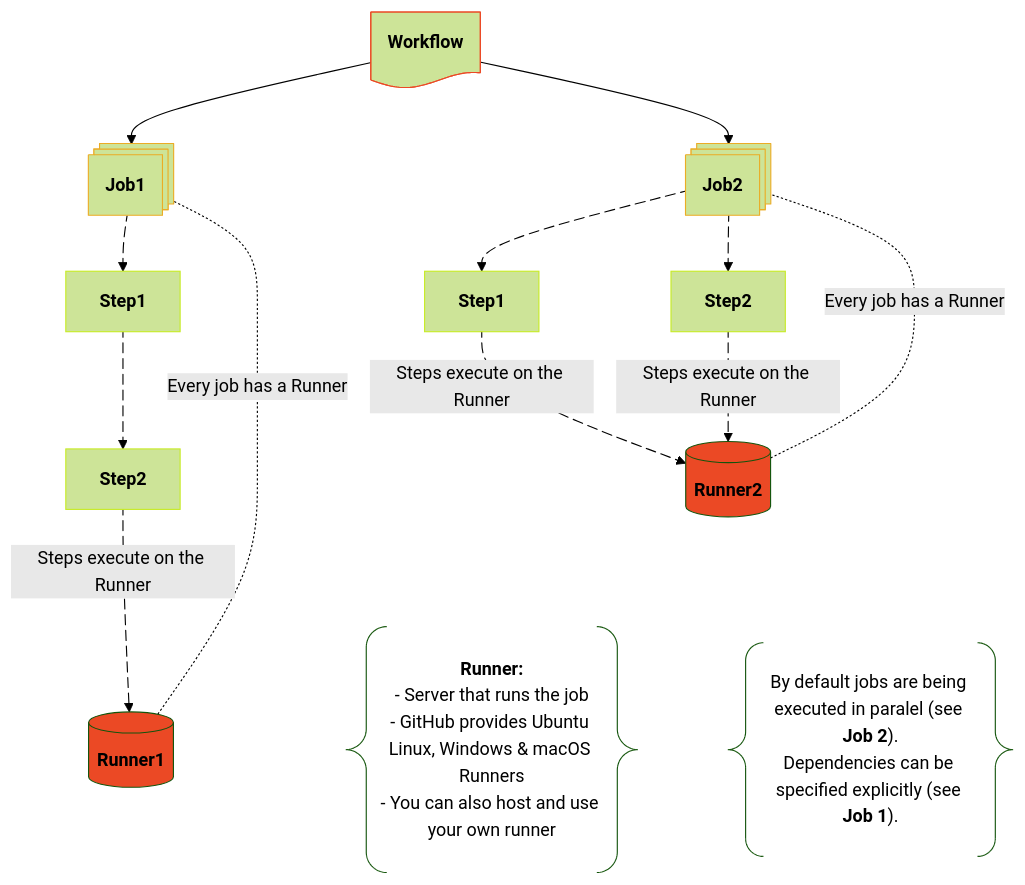
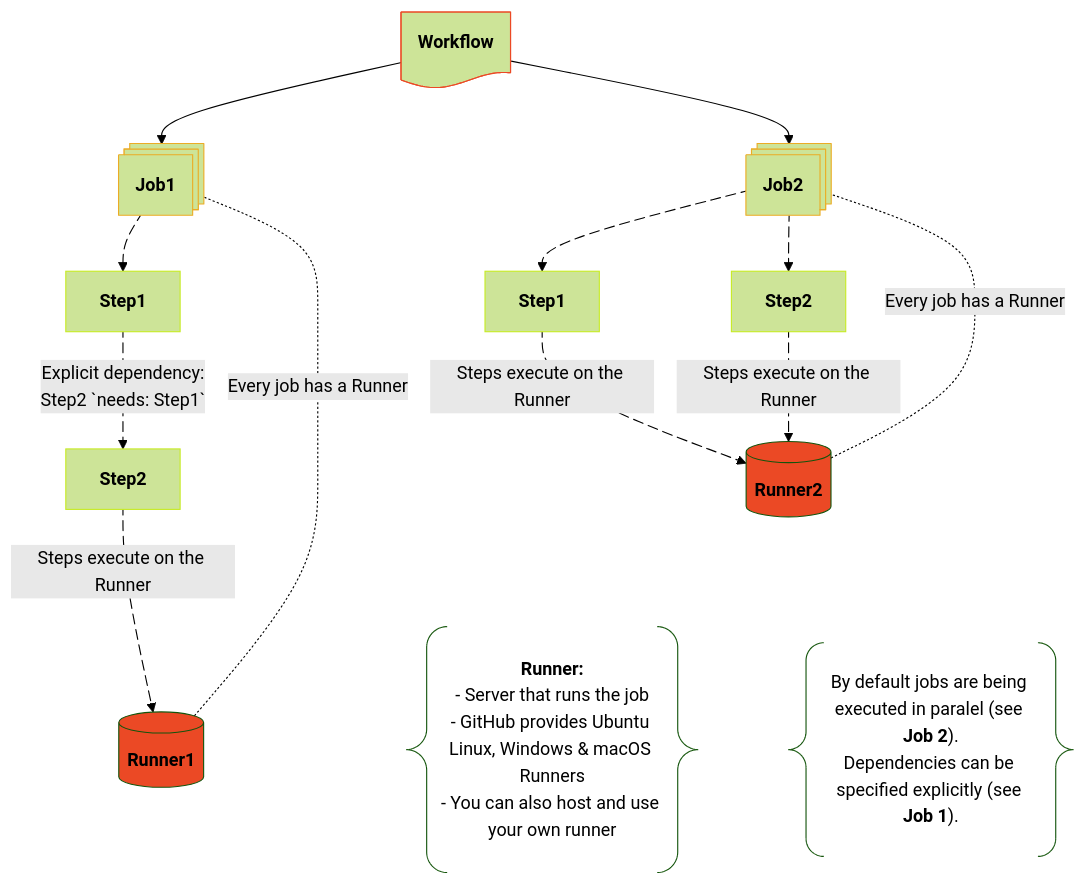
One commit to rtdevx/rtdevx.github.io changed the second of 2 diagrams in content/posts/training/GitHub/2025-github-actions/03-fundamentals/index.md. Above: the diagram before and after it, drawn with Mermaid (forest theme).

Commit message:
Obsidian sync: 2025-12-09 20:29:02

```diff
--- a/content/posts/training/GitHub/2025-github-actions/03-fundamentals/index.md
+++ b/content/posts/training/GitHub/2025-github-actions/03-fundamentals/index.md
@@ -182,66 +182,66 @@
 {{< mermaid >}}
 flowchart TB
 
 %% Class Definitions
 classDef redclass fill:#EB4925
 classDef redclasss stroke:#EB4925
 classDef yellowclass stroke:#EBAC25
 classDef greenclass stroke:#C7EB25
 
 %% Workflows
 W@{ shape: doc, label: "**Workflow**" }
 
 %% Jobs
 Job1@{ shape: processes, label: "**Job1**" }
 Job2@{ shape: processes, label: "**Job2**" }
 
 %% Job1 Steps
 Step1Job1@{ shape: process, label: "**Step1**" }
 Step2Job1@{ shape: process, label: "**Step2**" }
 
 %% Job2 Steps
 Step1Job2@{ shape: process, label: "**Step1**" }
 Step2Job2@{ shape: process, label: "**Step2**" }
 
 %% Runners
 Runner1@{ shape: db, label: "**Runner1**" }
 Runner2@{ shape: db, label: "**Runner2**" }
 
 %% Comments
 Comment1@{ shape: braces, label: "**Runner:**
 - Server that runs the job
 - GitHub provides Ubuntu Linux, Windows & macOS Runners
 - You can also host and use your own runner" }
 
 Comment2@{ shape: braces, label: "By default jobs are being executed in paralel (see **Job 2**).<br/>Dependencies can be specified explicitly (see **Job 1**)." }
 
 %% Job1
   W:::redclasss --> Job1:::yellowclass
   %% Step1
   Job1 Job1_Step1_Route@--> Step1Job1:::greenclass
-  Step1Job1 Job1_Step1_Step2_Route@--> Step2Job1:::greenclass  
+  Step1Job1 Job1_Step1_Step2_Route@-->|Explicit dependency:<br/> Step2 `needs: Step1`| Step2Job1:::greenclass  
   Job1_Step1_Route@{ animate: true }  
   Job1_Step1_Step2_Route@{ animate: true }
   %% Step2
   Step2Job1 Job1_Step2_Runner_Route@-->|Steps execute on the Runner| Runner1:::redclass
   Job1_Step2_Runner_Route@{ animate: true }  
   Runner1 -.-|Every job has a Runner| Job1
 
 %% Job2
   W --> Job2:::yellowclass
   %% Step1
   Job2 Job2_Step1_Route@--> Step1Job2:::greenclass
   Job2_Step1_Route@{ animate: true }
   Step1Job2 Job2_Step1_Runner_Route@-->|Steps execute on the Runner| Runner2:::redclass
   Job2_Step1_Runner_Route@{ animate: true }
   Runner2 -.- |Every job has a Runner| Job2 
   %% Step2
   Job2 Job2_Step2_Route@--> Step2Job2:::greenclass
   Job2_Step2_Route@{ animate: true }
   Step2Job2 Job2_Step2_Runner_Route@-->|Steps execute on the Runner| Runner2
   Job2_Step2_Runner_Route@{ animate: true }
 
   %% Comments
   Runner2 ~~~ Comment1
   Runner2 ~~~ Comment2
 {{< /mermaid >}}
```
